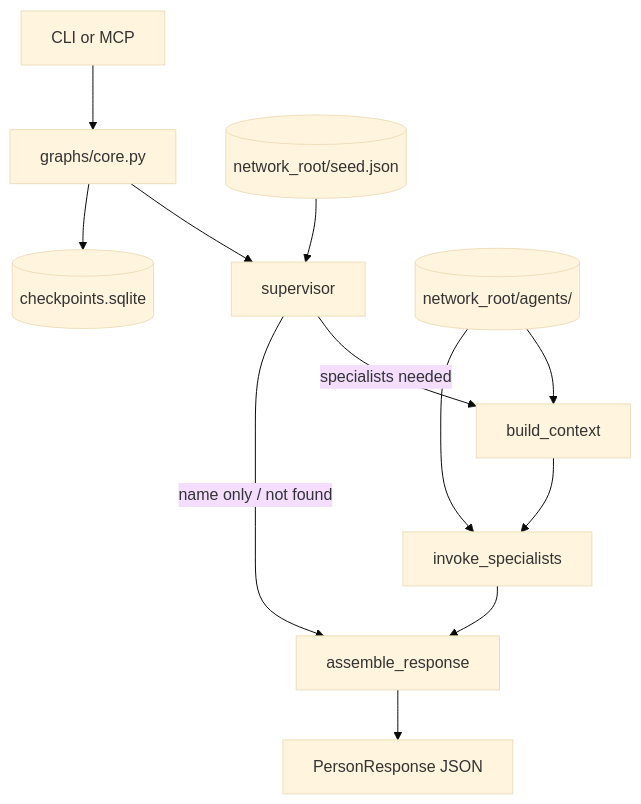
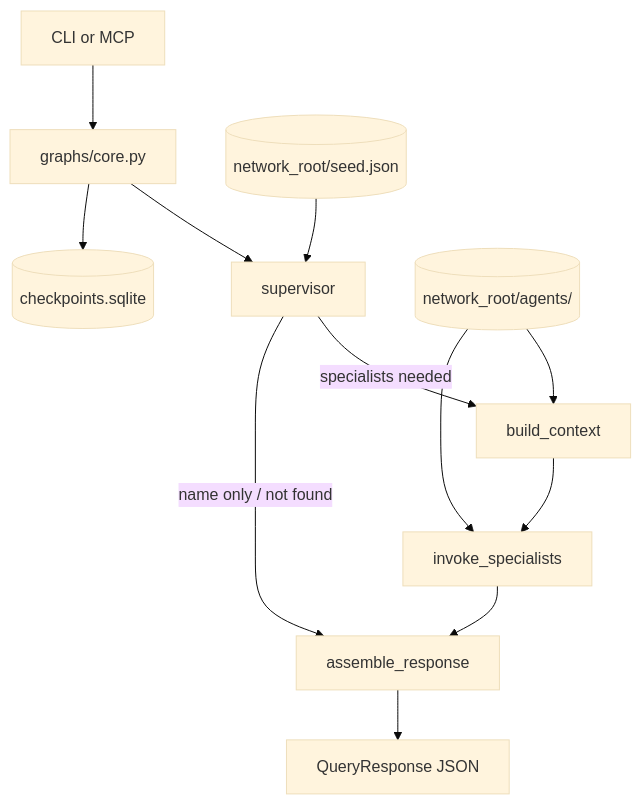
Before and after one commit to myceliumdata/mycelium: the diagram in README.md, drawn with Mermaid (base theme). The commit also changed other lines of this file and 36 other files, not shown here.

````diff
--- a/README.md
+++ b/README.md
@@ -214,14 +214,14 @@
 ```mermaid
 flowchart TD
     Client[CLI or MCP] --> Graph[graphs/core.py]
     Graph --> S[supervisor]
     S -->|specialists needed| BC[build_context]
     BC --> INV[invoke_specialists]
     INV --> ASM[assemble_response]
     S -->|name only / not found| ASM
-    ASM --> RES[PersonResponse JSON]
+    ASM --> RES[QueryResponse JSON]
     Graph --> CP[(checkpoints.sqlite)]
     Seed[(network_root/seed.json)] --> S
     Store[(network_root/agents/)] --> BC
     Store --> INV
 ```
````
